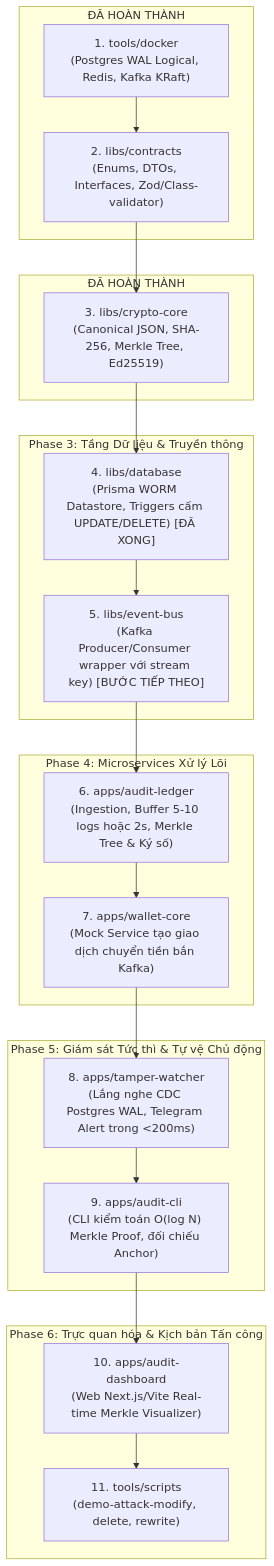
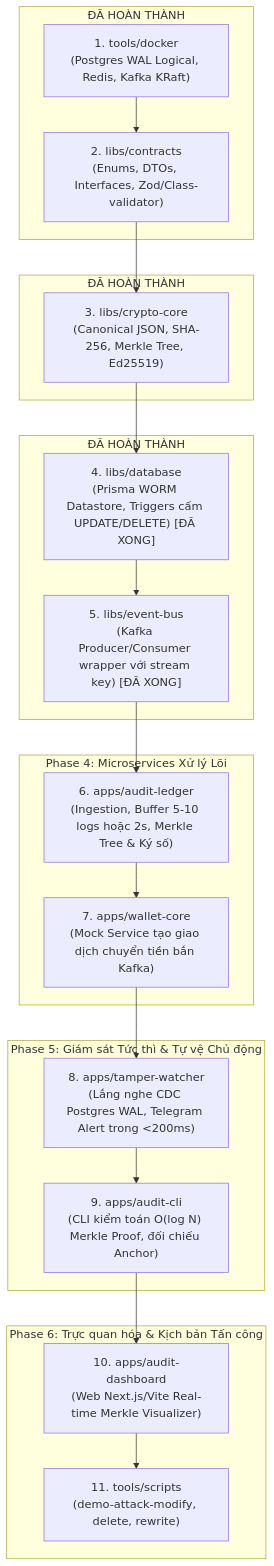
One commit to ThanhLong3125/aegis-ledger changed the diagram in ROADMAP.md. Above: the diagram before and after it, drawn with Mermaid. The commit also changed other lines of this file and 25 other files, not shown here.

First line of the commit message:
feat(event-bus): implement Kafka event streaming layer, producer/consumer wrappers, DTO validation, and DLQ

````diff
--- a/ROADMAP.md
+++ b/ROADMAP.md
@@ -24,33 +24,33 @@
 ```mermaid
 flowchart TD
     subgraph Phase 1: Nền tảng & Hạ tầng [ĐÃ HOÀN THÀNH]
         DOK["1. tools/docker<br>(Postgres WAL Logical, Redis, Kafka KRaft)"]
         CTR["2. libs/contracts<br>(Enums, DTOs, Interfaces, Zod/Class-validator)"]
     end
 
     subgraph Phase 2: Trái tim Mật mã học [ĐÃ HOÀN THÀNH]
         CRY["3. libs/crypto-core<br>(Canonical JSON, SHA-256, Merkle Tree, Ed25519)"]
     end
 
-    subgraph Phase 3: Tầng Dữ liệu & Truyền thông
+    subgraph Phase 3: Tầng Dữ liệu & Truyền thông [ĐÃ HOÀN THÀNH]
         DB["4. libs/database<br>(Prisma WORM Datastore, Triggers cấm UPDATE/DELETE) [ĐÃ XONG]"]
-        BUS["5. libs/event-bus<br>(Kafka Producer/Consumer wrapper với stream key) [BƯỚC TIẾP THEO]"]
+        BUS["5. libs/event-bus<br>(Kafka Producer/Consumer wrapper với stream key) [ĐÃ XONG]"]
     end
 
     subgraph Phase 4: Microservices Xử lý Lõi
         LED["6. apps/audit-ledger<br>(Ingestion, Buffer 5-10 logs hoặc 2s, Merkle Tree & Ký số)"]
         WAL["7. apps/wallet-core<br>(Mock Service tạo giao dịch chuyển tiền bắn Kafka)"]
     end
 
     subgraph Phase 5: Giám sát Tức thì & Tự vệ Chủ động
         WAT["8. apps/tamper-watcher<br>(Lắng nghe CDC Postgres WAL, Telegram Alert trong <200ms)"]
         CLI["9. apps/audit-cli<br>(CLI kiểm toán O(log N) Merkle Proof, đối chiếu Anchor)"]
     end
 
     subgraph Phase 6: Trực quan hóa & Kịch bản Tấn công
         DSH["10. apps/audit-dashboard<br>(Web Next.js/Vite Real-time Merkle Visualizer)"]
         ATK["11. tools/scripts<br>(demo-attack-modify, delete, rewrite)"]
     end
 
     DOK --> CTR --> CRY --> DB --> BUS --> LED --> WAL --> WAT --> CLI --> DSH --> ATK
 ```
````
